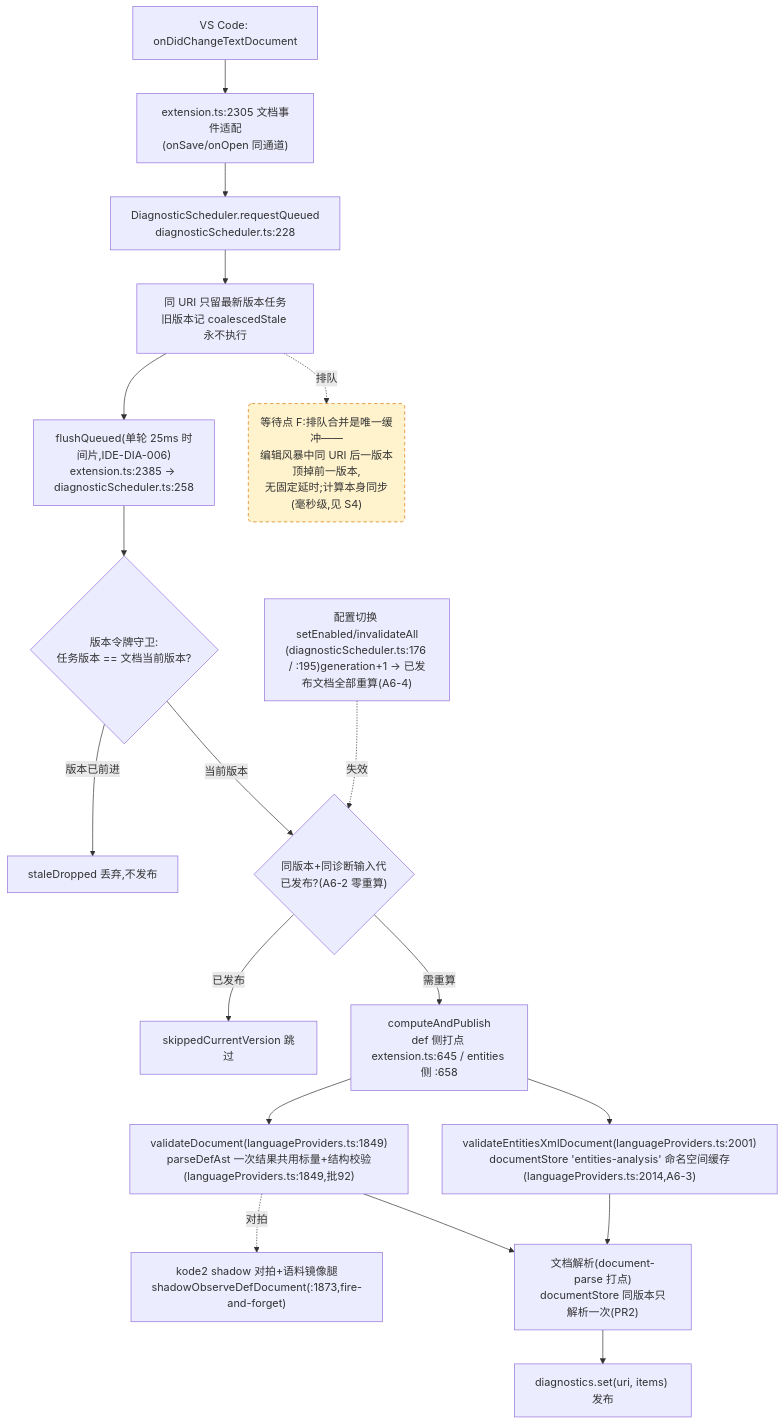
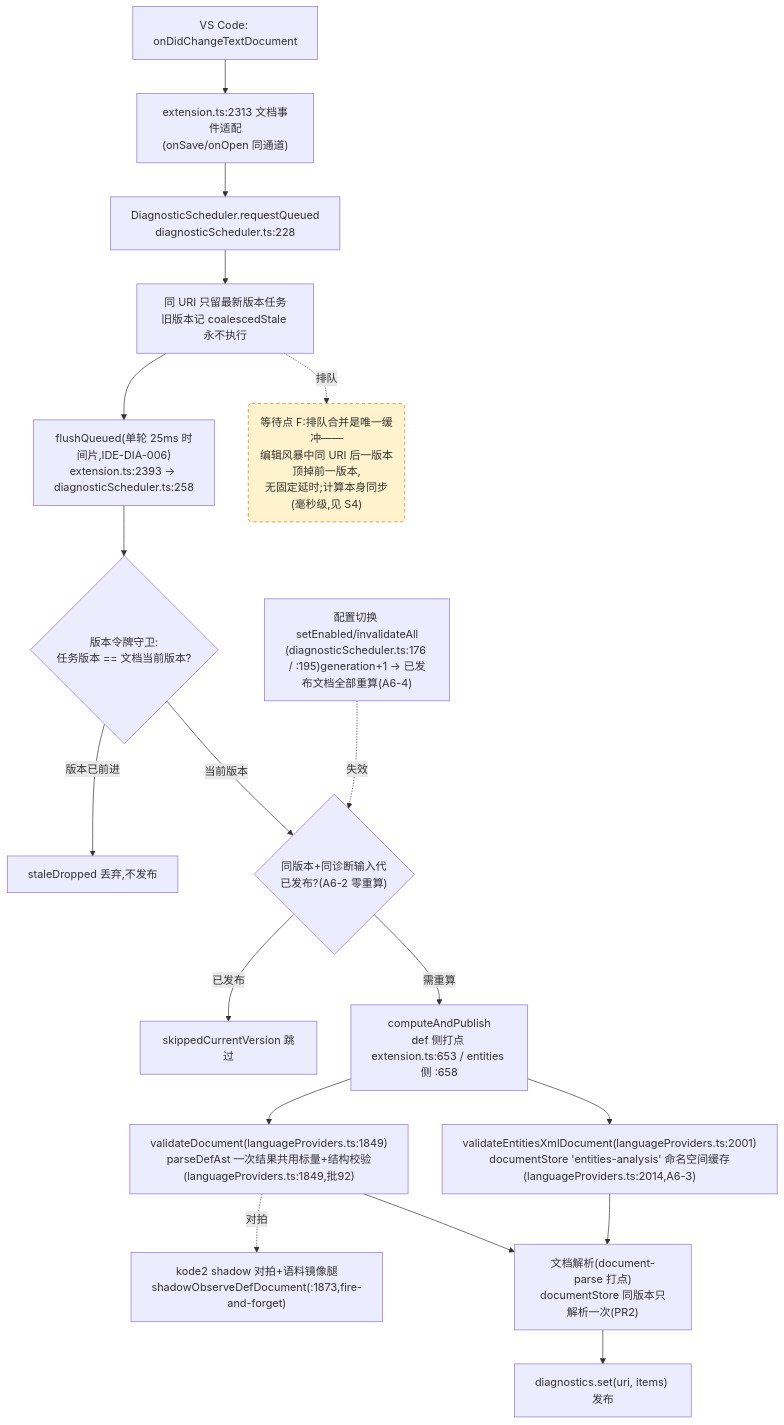
One commit to cuihairu/kode changed the fourth of 4 diagrams in docs/perf/2026-baseline.md. Above: the diagram before and after it, drawn with Mermaid. The commit also changed other lines of this file and 12 other files, not shown here.

````diff
--- a/docs/perf/2026-baseline.md
+++ b/docs/perf/2026-baseline.md
@@ -214,38 +214,38 @@
 ```mermaid
 flowchart TD
   CHG["VS Code: onDidChangeTextDocument"]
-  WATCH["extension.ts:2305 文档事件适配<br/>(onSave/onOpen 同通道)"]
+  WATCH["extension.ts:2313 文档事件适配<br/>(onSave/onOpen 同通道)"]
   RQ["DiagnosticScheduler.requestQueued<br/>diagnosticScheduler.ts:228"]
   CO["同 URI 只留最新版本任务<br/>旧版本记 coalescedStale 永不执行"]
-  FL["flushQueued(单轮 25ms 时间片,IDE-DIA-006)<br/>extension.ts:2385 → diagnosticScheduler.ts:258"]
+  FL["flushQueued(单轮 25ms 时间片,IDE-DIA-006)<br/>extension.ts:2393 → diagnosticScheduler.ts:258"]
   VG{"版本令牌守卫:<br/>任务版本 == 文档当前版本?"}
   DROP["staleDropped 丢弃,不发布"]
   GEN{"同版本+同诊断输入代<br/>已发布?(A6-2 零重算)"}
   SKIP["skippedCurrentVersion 跳过"]
-  CALC["computeAndPublish<br/>def 侧打点 extension.ts:645 / entities 侧 :658"]
+  CALC["computeAndPublish<br/>def 侧打点 extension.ts:653 / entities 侧 :658"]
   VD["validateDocument(languageProviders.ts:1849)<br/>parseDefAst 一次结果共用标量+结构校验(languageProviders.ts:1849,批92)"]
   VEX["validateEntitiesXmlDocument(languageProviders.ts:2001)<br/>documentStore 'entities-analysis' 命名空间缓存(languageProviders.ts:2014,A6-3)"]
   SHDD["kode2 shadow 对拍+语料镜像腿<br/>shadowObserveDefDocument(:1873,fire-and-forget)"]
   DS["文档解析(document-parse 打点)<br/>documentStore 同版本只解析一次(PR2)"]
   PUB["diagnostics.set(uri, items) 发布"]
   CFG2["配置切换 setEnabled/invalidateAll<br/>(diagnosticScheduler.ts:176 / :195)generation+1 → 已发布文档全部重算(A6-4)"]
 
   CHG --> WATCH --> RQ --> CO --> FL --> VG
   VG -- "版本已前进" --> DROP
   VG -- "当前版本" --> GEN
   GEN -- "已发布" --> SKIP
   GEN -- "需重算" --> CALC
   CALC --> VD
   CALC --> VEX
   VD --> DS
   VEX --> DS
   DS --> PUB
   VD -.->|对拍| SHDD
   CFG2 -.->|失效| GEN
 
   WAITF("等待点 F:排队合并是唯一缓冲——<br/>编辑风暴中同 URI 后一版本顶掉前一版本,<br/>无固定延时;计算本身同步(毫秒级,见 S4)")
   CO -.->|排队| WAITF
 
   classDef waitPoint fill:#fff3cd,stroke:#d97706,stroke-dasharray:5 4;
   class WAITF waitPoint;
 ```
````
